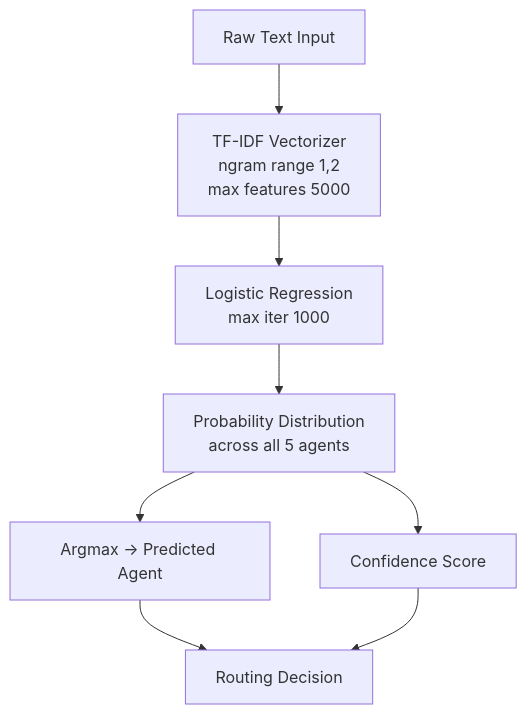
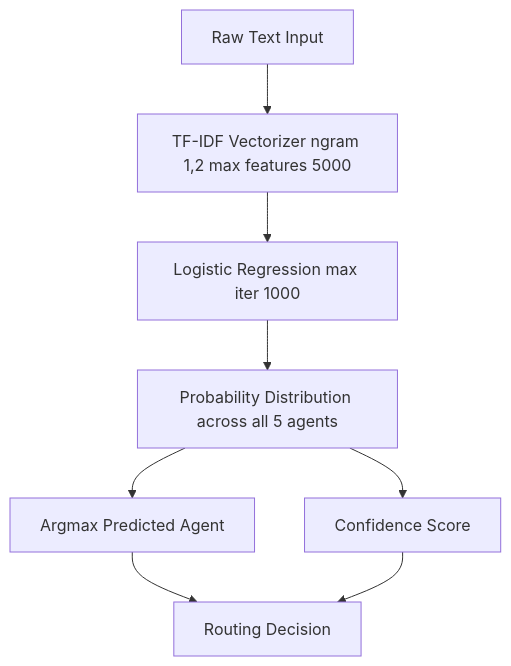
Before and after one commit to SGarryy/AgentCore: the fourth of 6 diagrams in README.md, drawn with Mermaid. The commit also changed other lines of this file, not shown here.

Commit message:
Comprehensive README with architecture diagrams, DFD, flowcharts

````diff
--- a/README.md
+++ b/README.md
@@ -109,10 +115,10 @@
 ```mermaid
 graph TD
-    Input[Raw Text Input] --> TF[TF-IDF Vectorizer<br/>ngram range 1,2<br/>max features 5000]
-    TF --> LR[Logistic Regression<br/>max iter 1000]
-    LR --> Prob[Probability Distribution<br/>across all 5 agents]
-    Prob --> Max[Argmax → Predicted Agent]
+    Input[Raw Text Input] --> TF[TF-IDF Vectorizer ngram 1,2 max features 5000]
+    TF --> LR[Logistic Regression max iter 1000]
+    LR --> Prob[Probability Distribution across all 5 agents]
+    Prob --> Max[Argmax Predicted Agent]
     Prob --> Conf[Confidence Score]
     Max --> Output[Routing Decision]
     Conf --> Output
 ```
````
